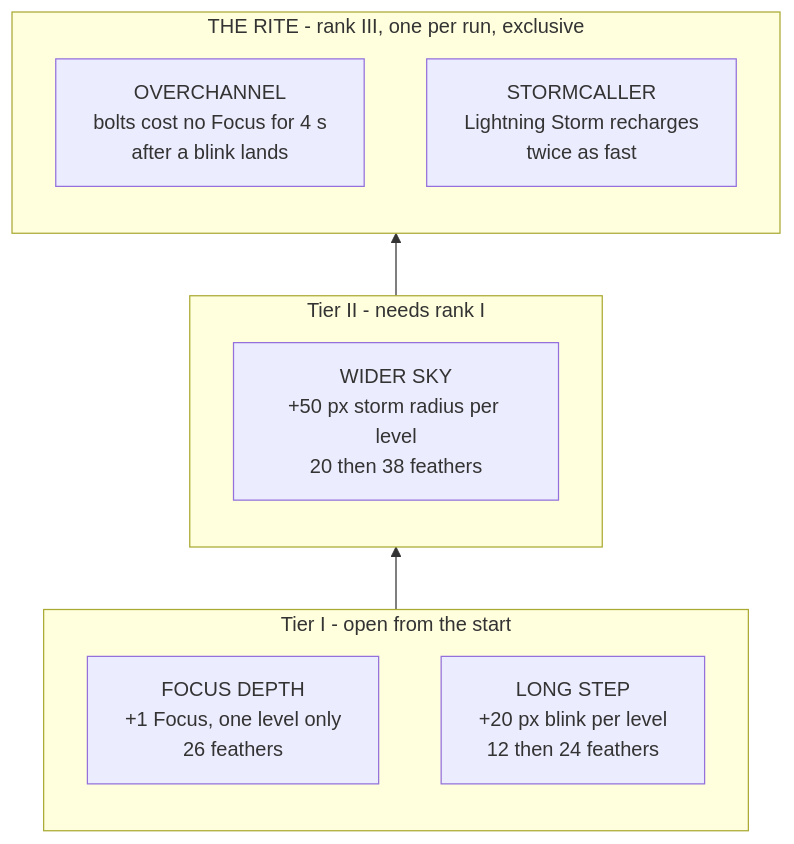
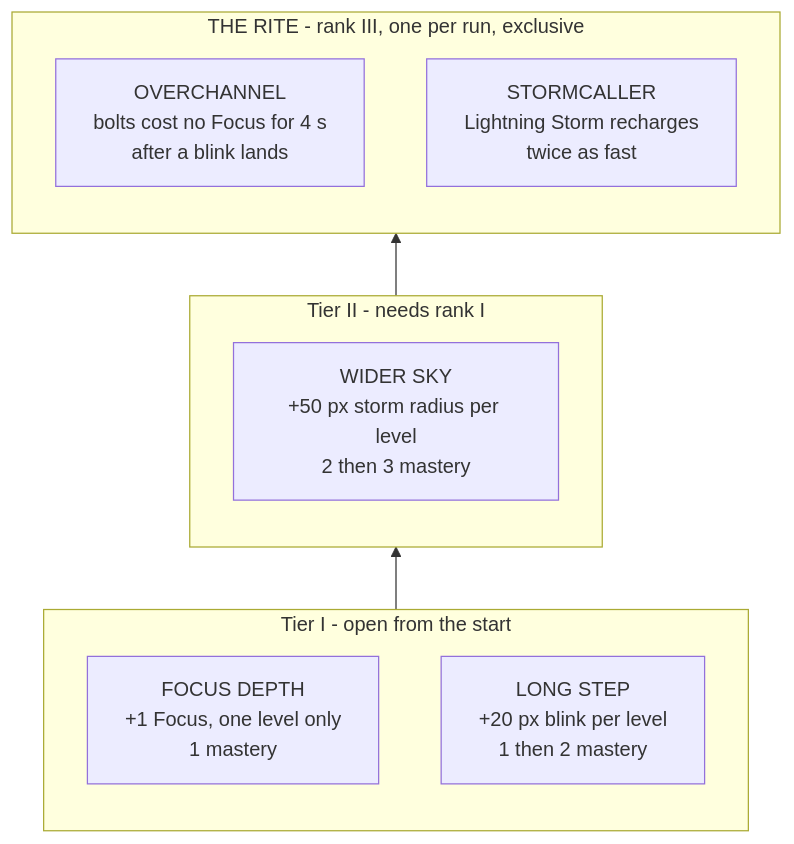
One commit to MrBisonte/crow-archer changed the second of 3 diagrams in docs/talents.md. Above: the diagram before and after it, drawn with Mermaid. The commit also changed other lines of this file and 5 other files, not shown here.

First line of the commit message:
feat(talents): mastery buys talents, feathers buy upgrades

````diff
--- a/docs/talents.md
+++ b/docs/talents.md
@@ -75,15 +106,15 @@
 ```mermaid
 flowchart BT
     subgraph rite["THE RITE - rank III, one per run, exclusive"]
         oc["OVERCHANNEL\nbolts cost no Focus for 4 s\nafter a blink lands"]
         sc["STORMCALLER\nLightning Storm recharges\ntwice as fast"]
     end
     subgraph t2["Tier II - needs rank I"]
-        ws["WIDER SKY\n+50 px storm radius per level\n20 then 38 feathers"]
+        ws["WIDER SKY\n+50 px storm radius per level\n2 then 3 mastery"]
     end
     subgraph t1["Tier I - open from the start"]
-        fd["FOCUS DEPTH\n+1 Focus, one level only\n26 feathers"]
-        ls["LONG STEP\n+20 px blink per level\n12 then 24 feathers"]
+        fd["FOCUS DEPTH\n+1 Focus, one level only\n1 mastery"]
+        ls["LONG STEP\n+20 px blink per level\n1 then 2 mastery"]
     end
     t1 --> t2 --> rite
 ```
````
